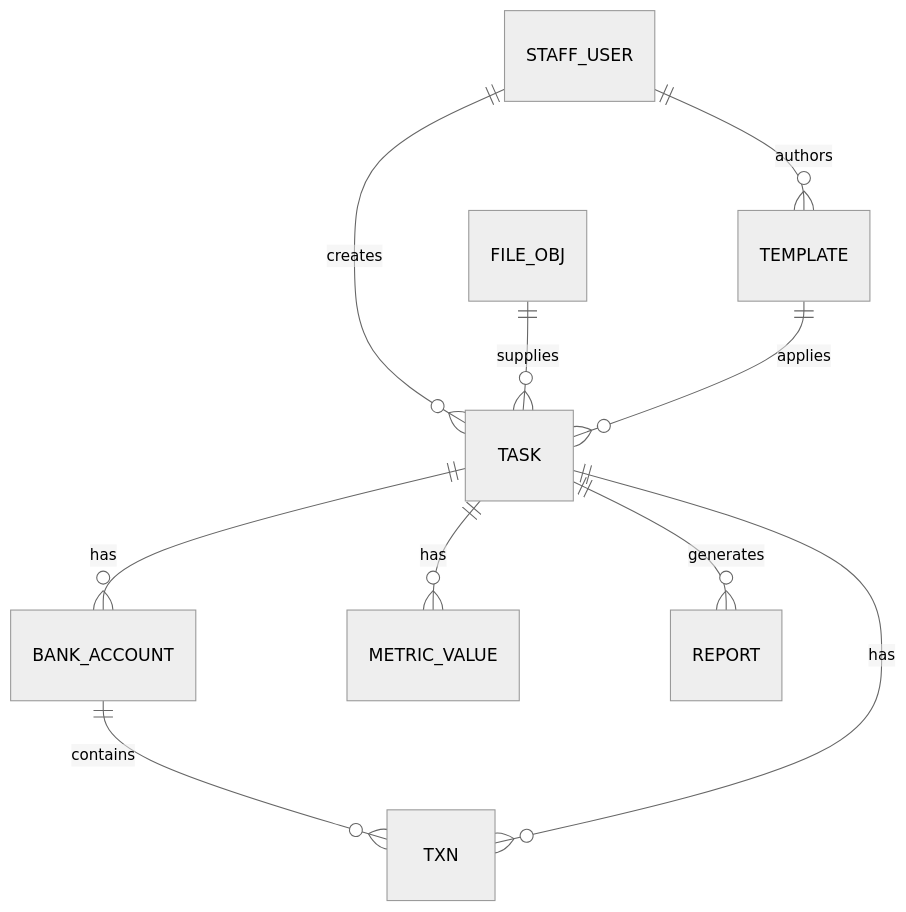
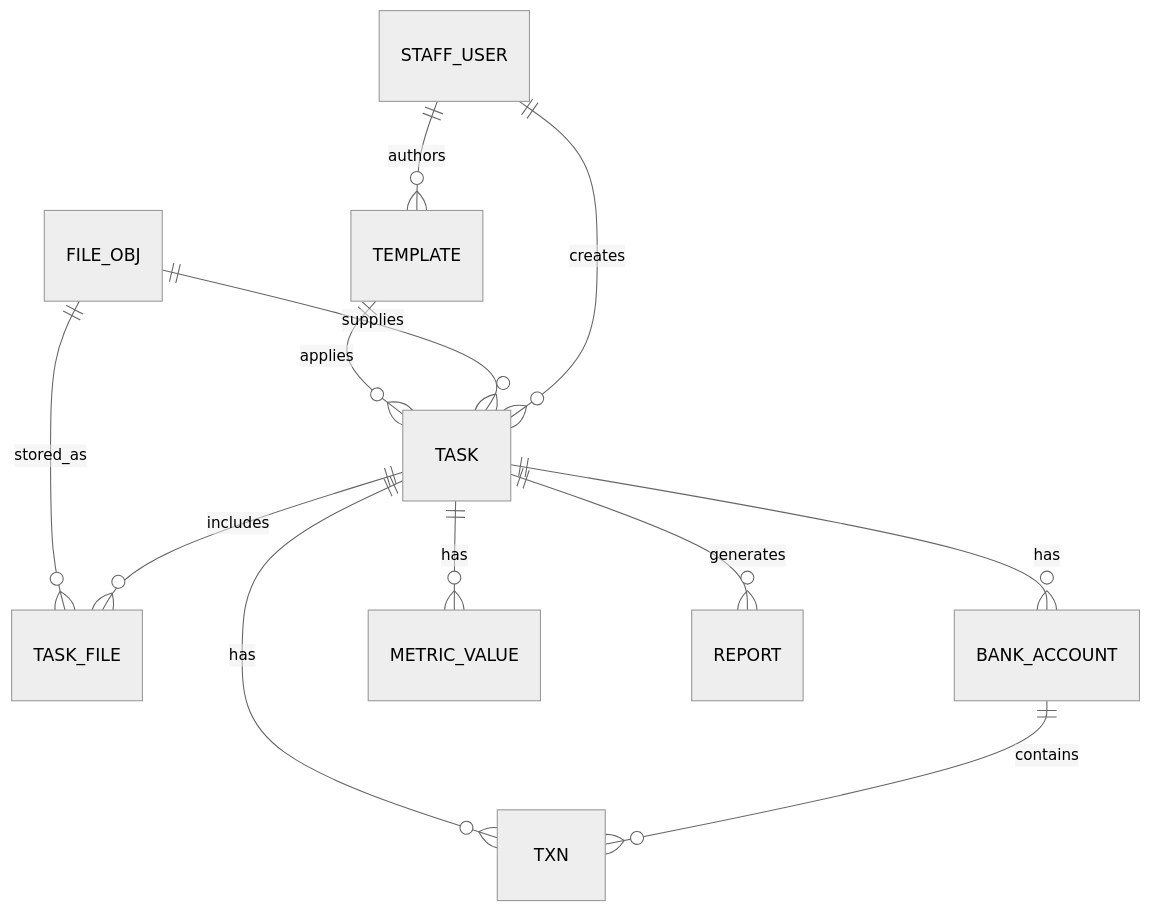
Before and after one commit to 13356337137-wq/risk_control_project1: diagram 17 of 19 in 方案设计/产品设计文档.md, drawn with Mermaid (neutral theme). The commit also changed other lines of this file and 9 other files, not shown here.

````diff
--- a/方案设计/产品设计文档.md
+++ b/方案设计/产品设计文档.md
@@ -544,12 +544,14 @@
 ```mermaid
 erDiagram
     STAFF_USER ||--o{ TASK : creates
     STAFF_USER ||--o{ TEMPLATE : authors
     FILE_OBJ ||--o{ TASK : supplies
+    TASK ||--o{ TASK_FILE : includes
+    FILE_OBJ ||--o{ TASK_FILE : stored_as
     TEMPLATE ||--o{ TASK : applies
     TASK ||--o{ BANK_ACCOUNT : has
     BANK_ACCOUNT ||--o{ TXN : contains
     TASK ||--o{ TXN : has
     TASK ||--o{ METRIC_VALUE : has
     TASK ||--o{ REPORT : generates
 ```
````
